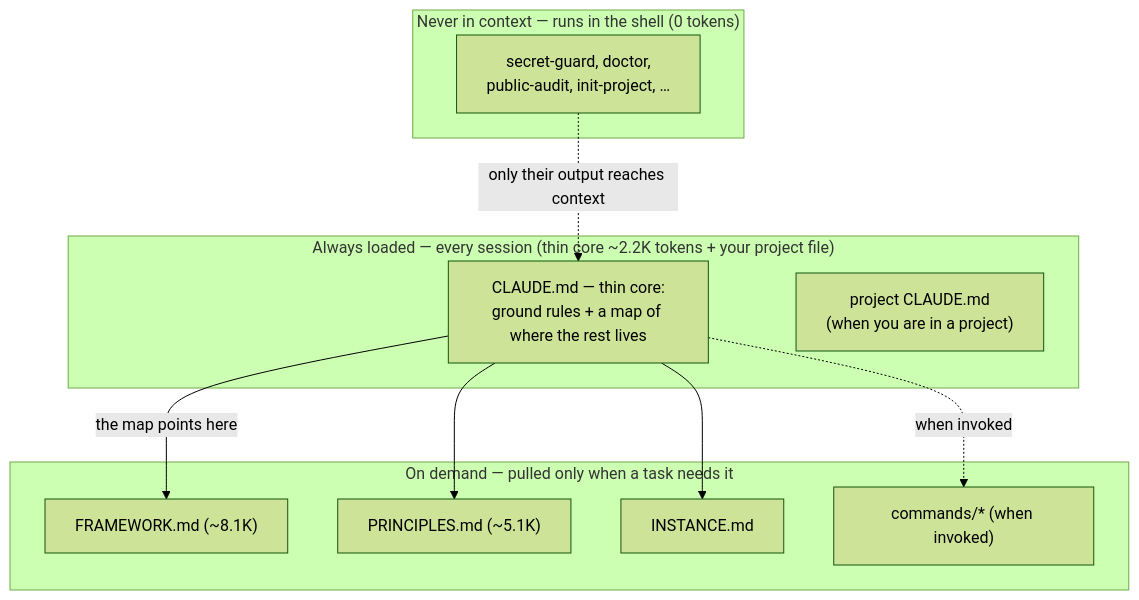
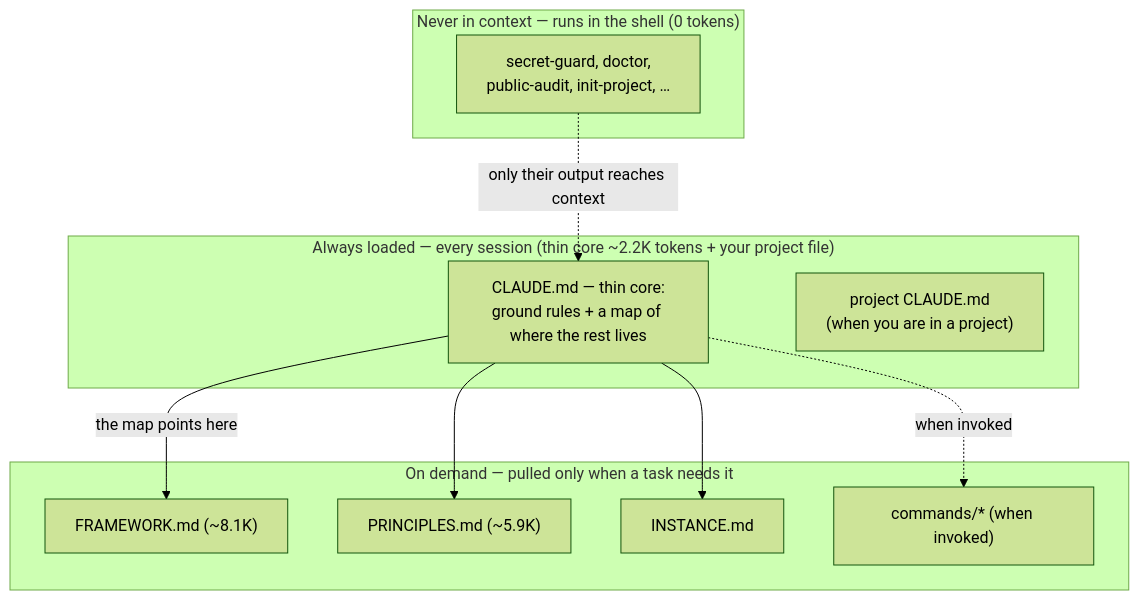
The diagram in README.md (rockerlabs/keel), drawn with Mermaid (forest theme) before and after one commit. The commit also changed 2 other files, not shown here.

Commit message:
PRINCIPLES.md: add first downstream worked example (dir #62)
The founding-decision example's own standing request — add a downstream
example the first time the principles decide something later — became
satisfiable once the openwiki evaluation (IDEAS.md, 2026-07-23) actually
occurred: a real fork (port vs reject an opposite-bet auto-generation
tool) decided through P0-P4 with a recorded reopen trigger.

Retires the now-stale genesis parenthetical and updates the two doc-figure
quotes (loading-and-cost.md, README's mermaid diagram) that drifted past
their 10% band once the section grew the file.

````diff
--- a/README.md
+++ b/README.md
@@ -120,21 +120,21 @@
 ```mermaid
 flowchart TD
     subgraph always["Always loaded — every session (thin core ~2.2K tokens + your project file)"]
         core["CLAUDE.md — thin core:<br/>ground rules + a map of where the rest lives"]
         proj["project CLAUDE.md<br/>(when you are in a project)"]
     end
     subgraph demand["On demand — pulled only when a task needs it"]
         fw["FRAMEWORK.md (~8.1K)"]
-        prin["PRINCIPLES.md (~5.1K)"]
+        prin["PRINCIPLES.md (~5.9K)"]
         inst["INSTANCE.md"]
         cmd["commands/* (when invoked)"]
     end
     subgraph never["Never in context — runs in the shell (0 tokens)"]
         tools["secret-guard, doctor,<br/>public-audit, init-project, …"]
     end
     core -->|the map points here| fw
     core --> prin
     core --> inst
     core -.->|when invoked| cmd
     tools -.->|only their output reaches context| core
 ```
````
